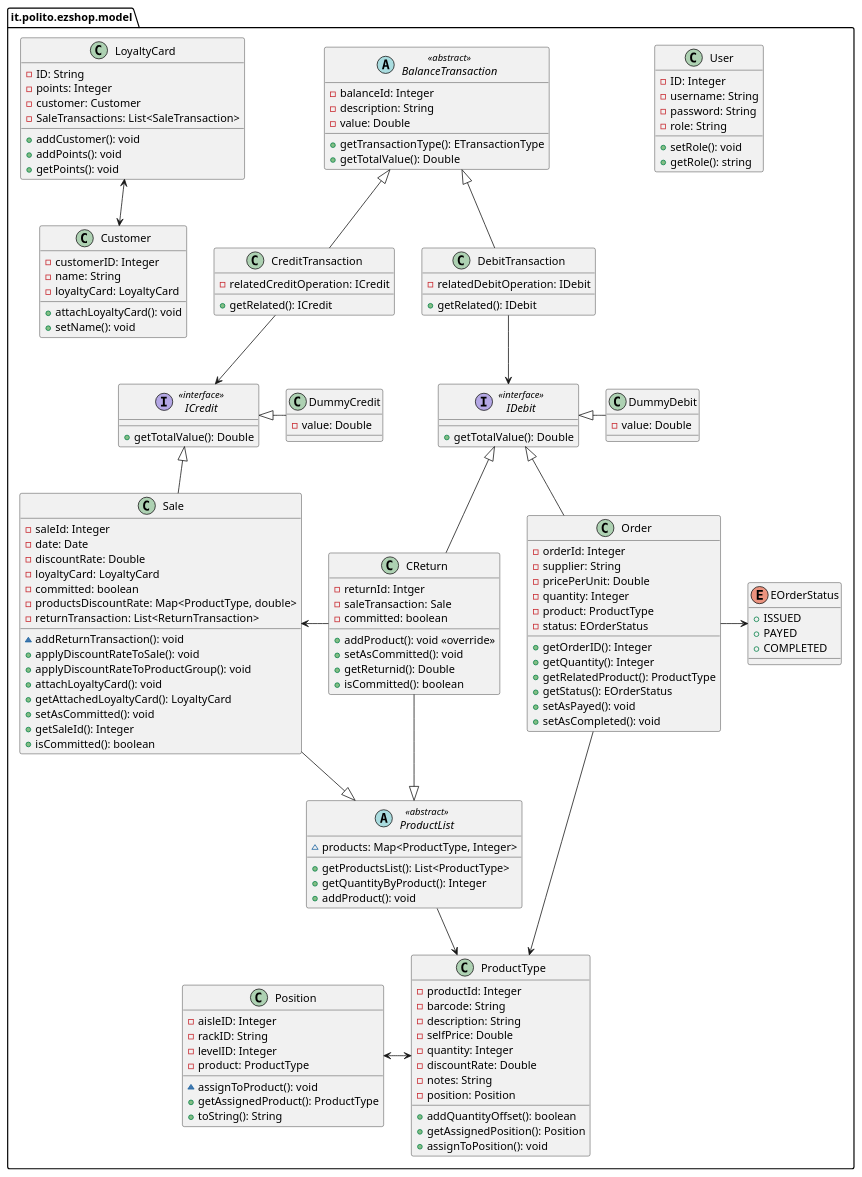
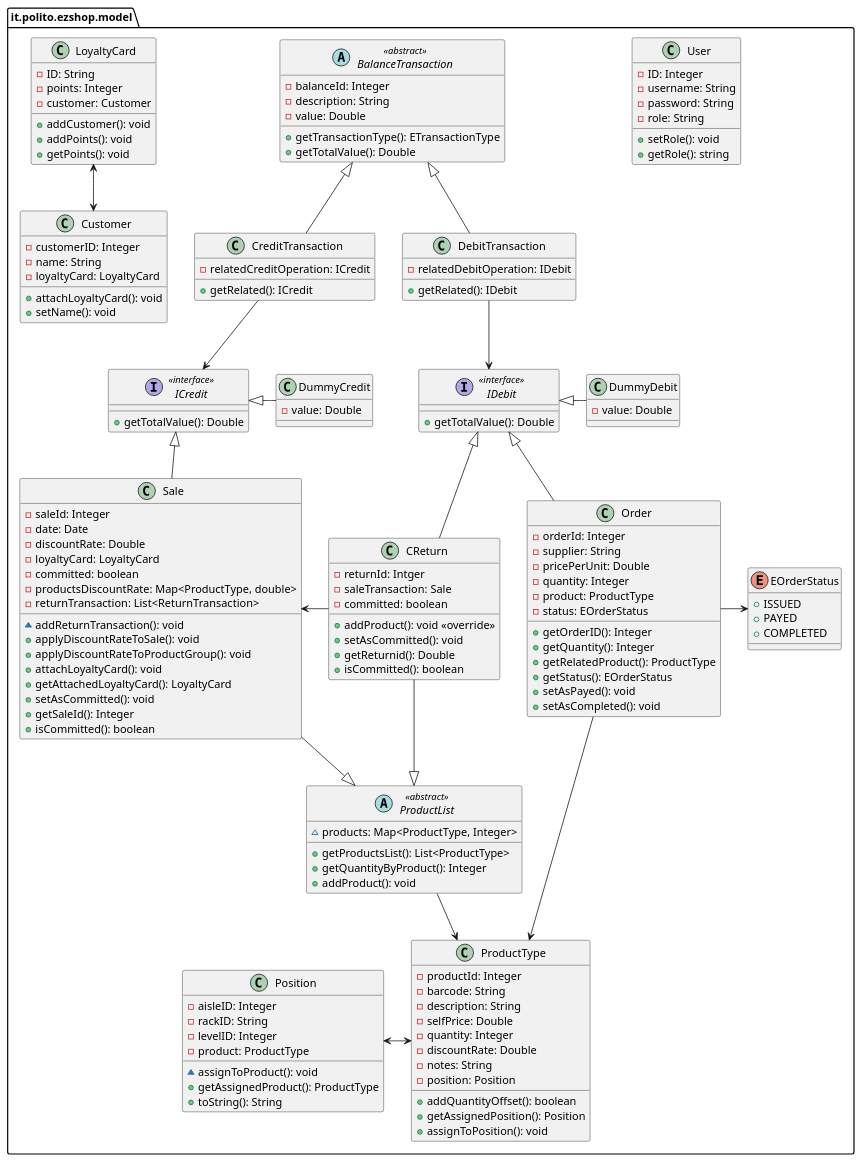
The third of 8 diagrams in Deliverables/DesignDocument.md (thegabriele97/EzShop), drawn with PlantUML before and after one commit. The commit also changed other lines of this file, not shown here.

Commit message:
docs: DesignDocument, updated class diagram and sequence diagram

```diff
--- a/Deliverables/DesignDocument.md
+++ b/Deliverables/DesignDocument.md
@@ -356,7 +356,6 @@
         -ID: String
         -points: Integer
         -customer: Customer
-        -SaleTransactions: List<SaleTransaction>
         +addCustomer(): void
         +addPoints(): void
         +getPoints(): void
```
